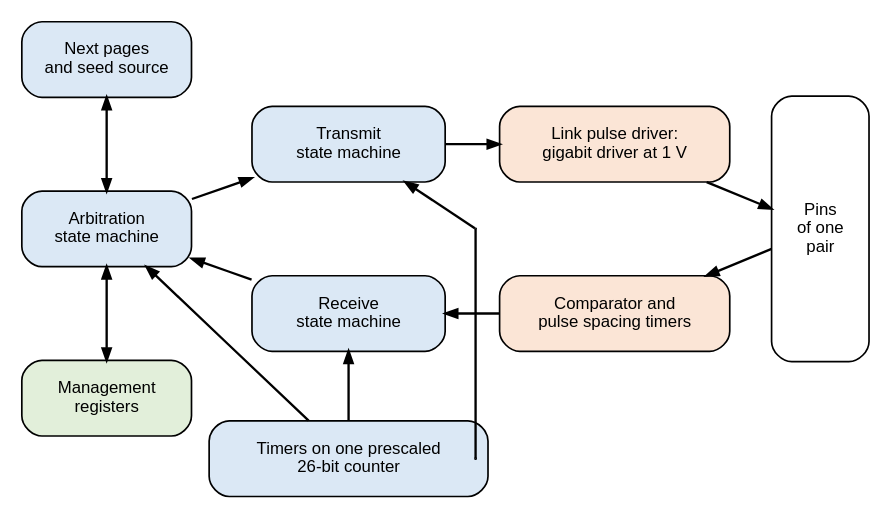
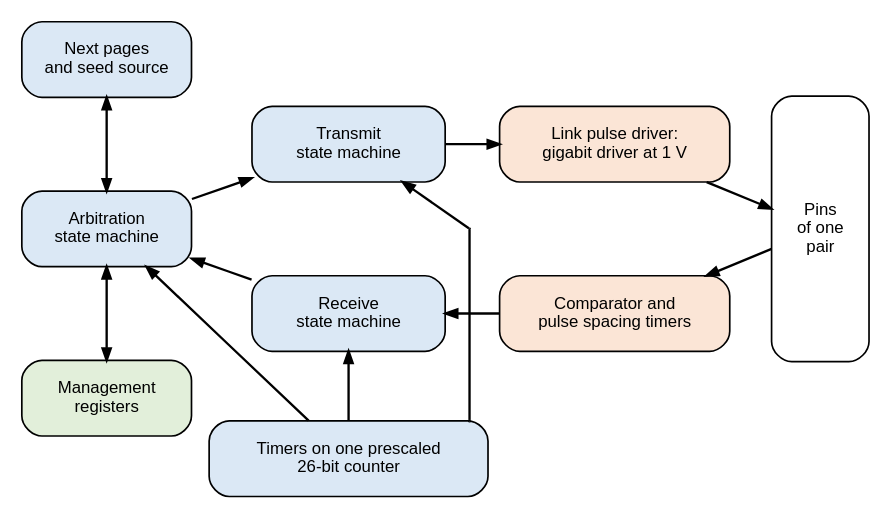
The diagram in docs/ethernet/phy-electrical/integration/control-blocks.dot (mithro/evampire), drawn with Graphviz before and after one commit.

Commit message:
Start the timers wire at the edge of the timers box

```diff
--- a/docs/ethernet/phy-electrical/integration/control-blocks.dot
+++ b/docs/ethernet/phy-electrical/integration/control-blocks.dot
@@ -1,42 +1,43 @@
 // The control blocks of an integrated transceiver for autonegotiation:
 // the link pulse driver and comparator at the pins, the transmit, receive
 // and arbitration state machines, the next-page logic with its seed
 // source, the timers on one shared counter, which all three state
 // machines use, and the registers.
 //
 // SPDX-License-Identifier: Apache-2.0
 
 digraph control {
     graph [layout=neato, splines=false, overlap=true, fontname="Helvetica",
            size="7.4,3.4"];
     node  [shape=box, style="rounded,filled", fillcolor="#dbe8f5",
            fontname="Helvetica", fontsize=10, width=1.6, height=0.62,
            fixedsize=true];
     edge  [fontname="Helvetica", fontsize=9, arrowsize=0.7, penwidth=1.4];
 
     pins [pos="6.6,1.6!", width=0.8, height=2.2, label="Pins\nof one\npair", fillcolor="#ffffff"];
     drv  [pos="4.9,2.3!", width=1.9, label="Link pulse driver:\ngigabit driver at 1 V", fillcolor="#fbe5d6"];
     cmp  [pos="4.9,0.9!", width=1.9, label="Comparator and\npulse spacing timers", fillcolor="#fbe5d6"];
     tx   [pos="2.7,2.3!", label="Transmit\nstate machine"];
     rx   [pos="2.7,0.9!", label="Receive\nstate machine"];
     arb  [pos="0.7,1.6!", width=1.4, label="Arbitration\nstate machine"];
     np   [pos="0.7,3.0!", width=1.4, label="Next pages\nand seed source"];
     tim  [pos="2.7,-0.3!", width=2.3, label="Timers on one prescaled\n26-bit counter"];
     reg  [pos="0.7,0.2!", width=1.4, label="Management\nregisters", fillcolor="#e2efda"];
 
     tx -> drv;
     drv -> pins;
     pins -> cmp;
     cmp -> rx;
     arb -> tx;
     rx -> arb;
     np -> arb [dir=both];
     tim -> rx;
     tim -> arb;
-    p1 [pos="3.75,-0.3!", shape=point, width=0.01];
-    p2 [pos="3.75,1.6!", shape=point, width=0.01];
-    tim -> p1 [arrowhead=none];
+    // The path to the transmit state machine leaves the top edge of the
+    // timers box (y = 0.01) and passes to the right of the receive one.
+    p1 [pos="3.7,0.01!", shape=point, width=0.01];
+    p2 [pos="3.7,1.6!", shape=point, width=0.01];
     p1 -> p2 [arrowhead=none];
     p2 -> tx;
     reg -> arb [dir=both];
 }
```
